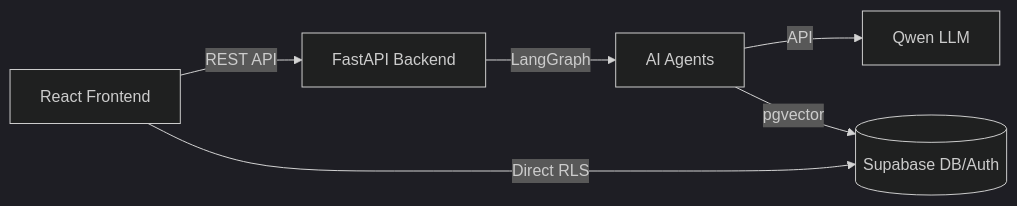
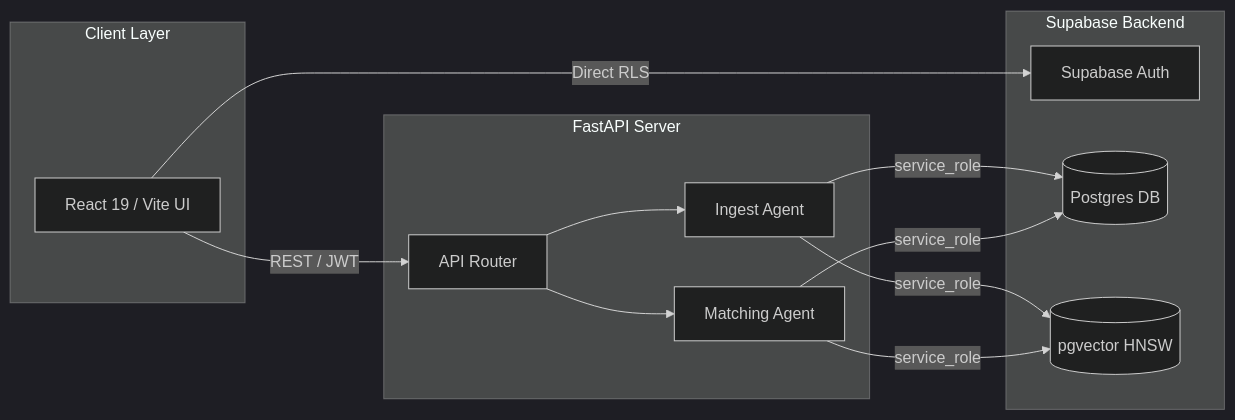
One commit to linhnguyenviet030704-oss/T099 changed the first of 5 diagrams in presentation/slide_generation_prompt.md. Above: the diagram before and after it, drawn with Mermaid (dark theme). The commit also changed other lines of this file and 13 other files, not shown here.

````diff
--- a/presentation/slide_generation_prompt.md
+++ b/presentation/slide_generation_prompt.md
@@ -141,8 +242,20 @@
 ```mermaid
 graph LR
-    FE[React Frontend] -->|REST API| BE[FastAPI Backend]
-    FE -->|Direct RLS| SB[(Supabase DB/Auth)]
-    BE -->|LangGraph| Agent[AI Agents]
-    Agent -->|API| Qwen[Qwen LLM]
-    Agent -->|pgvector| SB
+    subgraph Frontend[Client Layer]
+        UI[React 19 / Vite UI]
+    end
+    subgraph Backend[FastAPI Server]
+        API[API Router]
+        Ingest[Ingest Agent]
+        Match[Matching Agent]
+    end
+    subgraph Storage[Supabase Backend]
+        Auth[Supabase Auth]
+        DB[(Postgres DB)]
+        Vec[(pgvector HNSW)]
+    end
+    UI -->|REST / JWT| API
+    UI -->|Direct RLS| Auth
+    API --> Ingest & Match
+    Ingest & Match -->|service_role| DB & Vec
 ```
````
